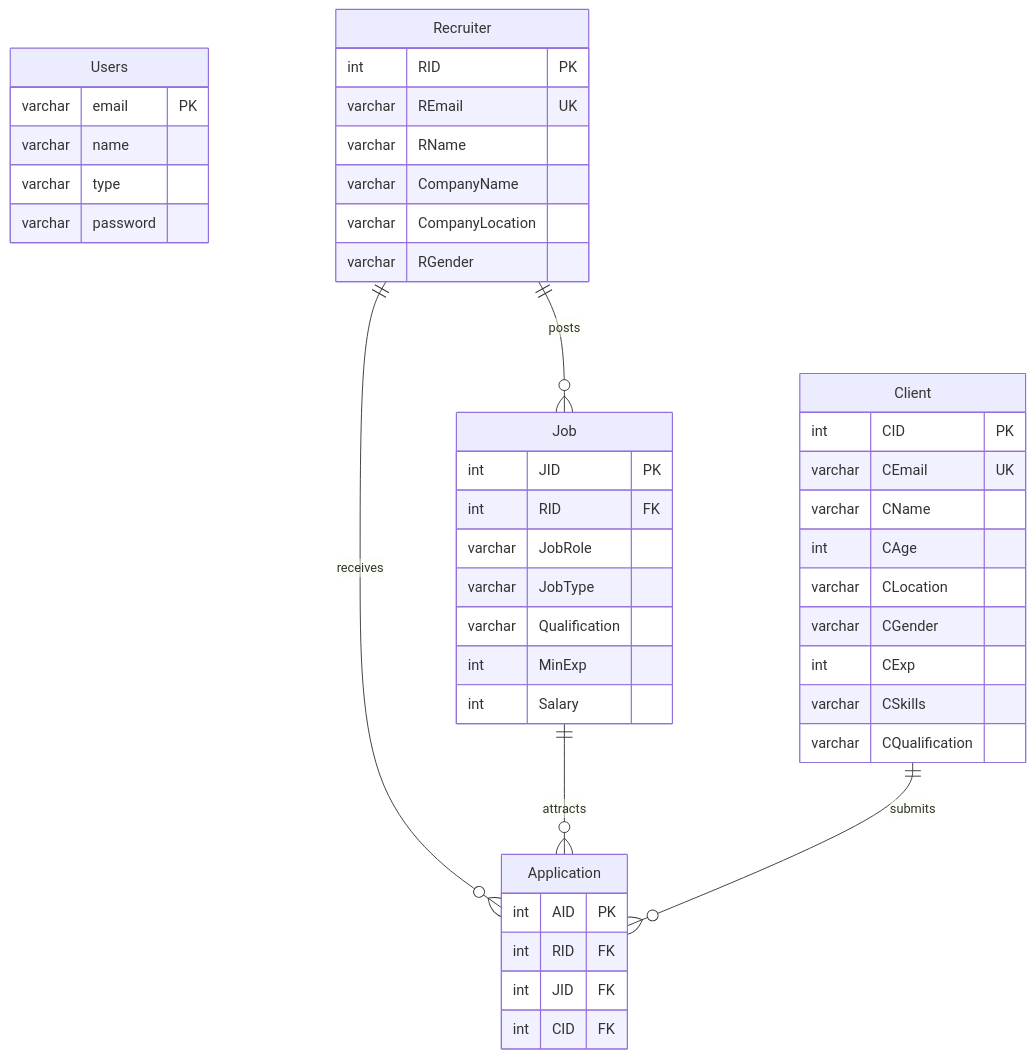
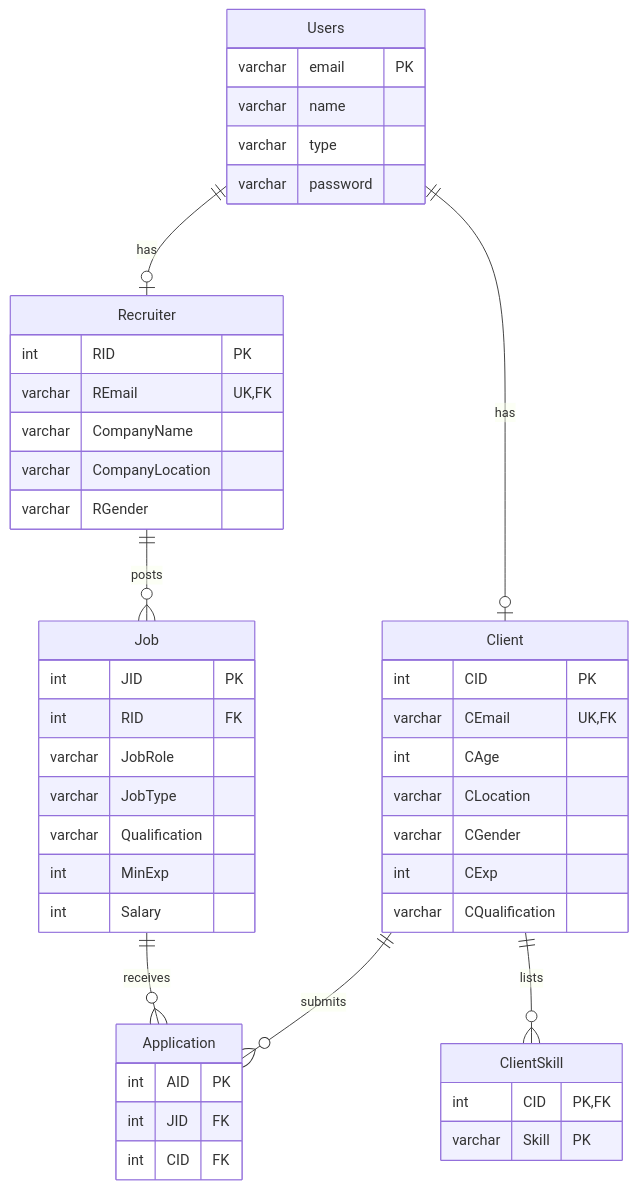
One commit to tr3npa1/job-web changed the second of 2 diagrams in docs/ARCHITECTURE.md. Above: the diagram before and after it, drawn with Mermaid. The commit also changed other lines of this file and 12 other files, not shown here.

Commit message:
Normalize recruitment schema to BCNF and restore local launcher

````diff
--- a/docs/ARCHITECTURE.md
+++ b/docs/ARCHITECTURE.md
@@ -32,47 +31,49 @@
 ```mermaid
 erDiagram
-  Users {
-    varchar email PK
-    varchar name
-    varchar type
-    varchar password
-  }
-  Recruiter {
-    int RID PK
-    varchar REmail UK
-    varchar RName
-    varchar CompanyName
-    varchar CompanyLocation
-    varchar RGender
-  }
-  Client {
-    int CID PK
-    varchar CEmail UK
-    varchar CName
-    int CAge
-    varchar CLocation
-    varchar CGender
-    int CExp
-    varchar CSkills
-    varchar CQualification
-  }
-  Job {
-    int JID PK
-    int RID FK
-    varchar JobRole
-    varchar JobType
-    varchar Qualification
-    int MinExp
-    int Salary
-  }
-  Application {
-    int AID PK
-    int RID FK
-    int JID FK
-    int CID FK
-  }
-  Recruiter ||--o{ Job : posts
-  Recruiter ||--o{ Application : receives
-  Job ||--o{ Application : attracts
-  Client ||--o{ Application : submits
+    Users {
+        varchar email PK
+        varchar name
+        varchar type
+        varchar password
+    }
+    Recruiter {
+        int RID PK
+        varchar REmail UK,FK
+        varchar CompanyName
+        varchar CompanyLocation
+        varchar RGender
+    }
+    Client {
+        int CID PK
+        varchar CEmail UK,FK
+        int CAge
+        varchar CLocation
+        varchar CGender
+        int CExp
+        varchar CQualification
+    }
+    ClientSkill {
+        int CID PK,FK
+        varchar Skill PK
+    }
+    Job {
+        int JID PK
+        int RID FK
+        varchar JobRole
+        varchar JobType
+        varchar Qualification
+        int MinExp
+        int Salary
+    }
+    Application {
+        int AID PK
+        int JID FK
+        int CID FK
+    }
+    Users ||--o| Recruiter : has
+    Users ||--o| Client : has
+    Recruiter ||--o{ Job : posts
+    Job ||--o{ Application : receives
+    Client ||--o{ Application : submits
+    Client ||--o{ ClientSkill : lists
 ```
````
